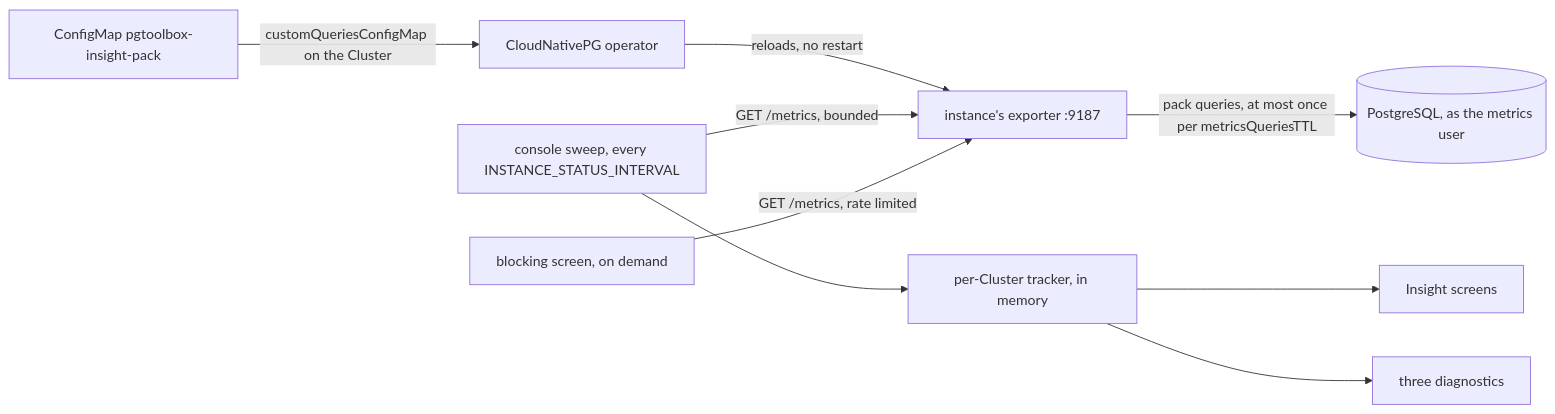
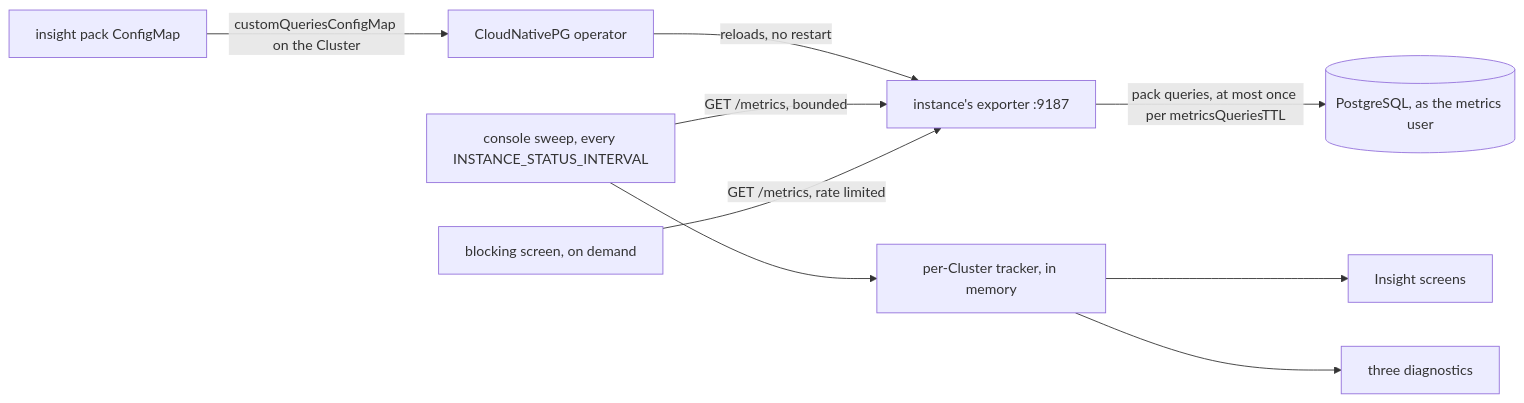
The first of 2 diagrams in docs/site/docs/console/insight-pack.md (fyannk/pgToolBox), drawn with Mermaid before and after one commit. The commit also changed other lines of this file and 291 other files, not shown here.

````diff
--- a/docs/site/docs/console/insight-pack.md
+++ b/docs/site/docs/console/insight-pack.md
@@ -19,11 +19,11 @@
 ```mermaid
 flowchart LR
-  cm["ConfigMap pgtoolbox-insight-pack"] -->|"customQueriesConfigMap on the Cluster"| operator["CloudNativePG operator"]
+  cm["insight pack ConfigMap"] -->|"customQueriesConfigMap on the Cluster"| operator["CloudNativePG operator"]
   operator -->|"reloads, no restart"| exporter["instance's exporter :9187"]
   exporter -->|"pack queries, at most once per metricsQueriesTTL"| pg[("PostgreSQL, as the metrics user")]
   sweep["console sweep, every INSTANCE_STATUS_INTERVAL"] -->|"GET /metrics, bounded"| exporter
   blocking["blocking screen, on demand"] -->|"GET /metrics, rate limited"| exporter
   sweep --> tracker["per-Cluster tracker, in memory"]
   tracker --> screens["Insight screens"]
   tracker --> checks["three diagnostics"]
 ```
````
